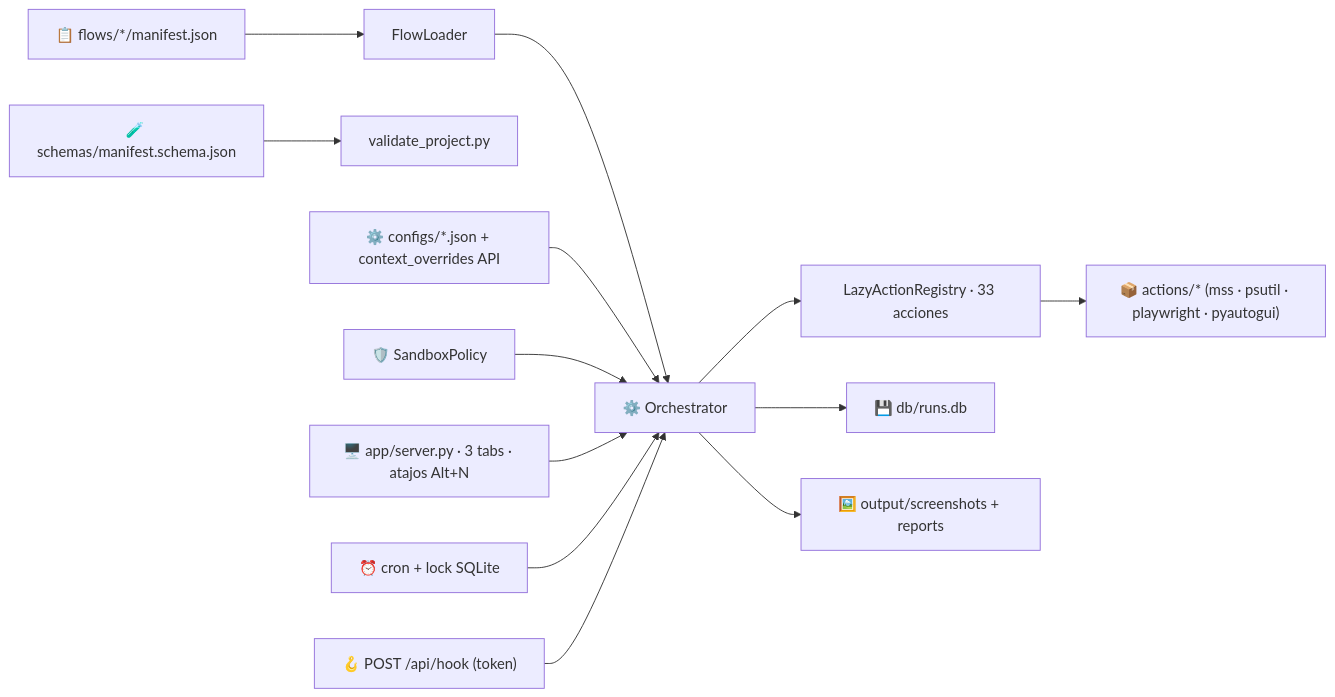
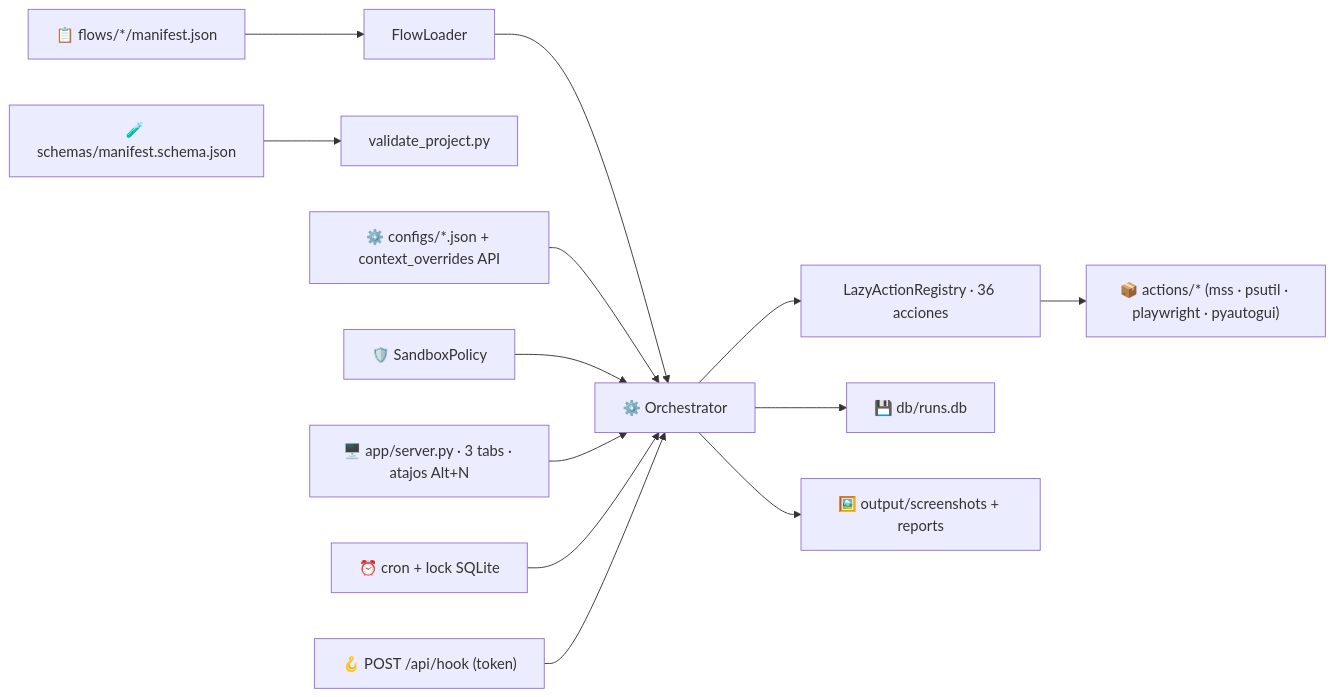
Before and after one commit to vladimiracunadev-create/automa-pc: the diagram in README.md, drawn with Mermaid. The commit also changed other lines of this file and 39 other files, not shown here.

````diff
--- a/README.md
+++ b/README.md
@@ -156,15 +170,15 @@
 ```mermaid
 flowchart LR
     Flow["📋 flows/*/manifest.json"] --> Loader["FlowLoader"]
     Loader --> Orchestrator["⚙️ Orchestrator"]
     Schema["🧪 schemas/manifest.schema.json"] --> Validator["validate_project.py"]
     Config["⚙️ configs/*.json + context_overrides API"] --> Orchestrator
     Sandbox["🛡️ SandboxPolicy"] --> Orchestrator
-    Orchestrator --> Registry["LazyActionRegistry · 33 acciones"]
+    Orchestrator --> Registry["LazyActionRegistry · 36 acciones"]
     Registry --> Builtin["📦 actions/* (mss · psutil · playwright · pyautogui)"]
     Orchestrator --> DB["💾 db/runs.db"]
     Orchestrator --> Output["🖼️ output/screenshots + reports"]
     Panel["🖥️ app/server.py · 3 tabs · atajos Alt+N"] --> Orchestrator
     Scheduler["⏰ cron + lock SQLite"] --> Orchestrator
     Webhook["🪝 POST /api/hook (token)"] --> Orchestrator
 ```
````
